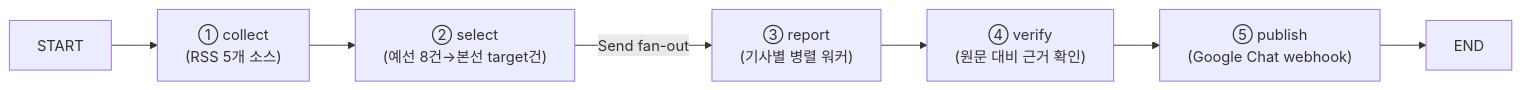
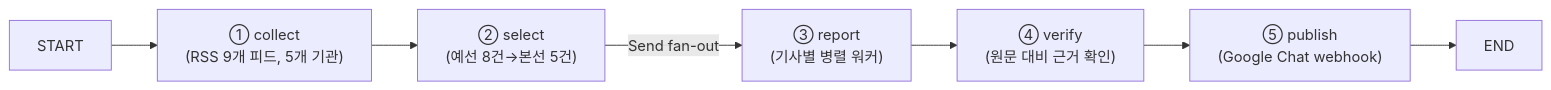
Before and after one commit to elfinnani-byte/my-newsletter: the diagram in docs/coding-convention/specs/2026-09-15-newsletter-agent-education-design.md, drawn with Mermaid. The commit also changed other lines of this file and 1 other file, not shown here.

````diff
--- a/docs/coding-convention/specs/2026-09-15-newsletter-agent-education-design.md
+++ b/docs/coding-convention/specs/2026-09-15-newsletter-agent-education-design.md
@@ -145,9 +145,9 @@
 ```mermaid
 graph LR
-  START --> collect["① collect\n(RSS 5개 소스)"]
-  collect --> select["② select\n(예선 8건→본선 target건)"]
+  START --> collect["① collect\n(RSS 9개 피드, 5개 기관)"]
+  collect --> select["② select\n(예선 8건→본선 5건)"]
   select -->|Send fan-out| report["③ report\n(기사별 병렬 워커)"]
   report --> verify["④ verify\n(원문 대비 근거 확인)"]
   verify --> publish["⑤ publish\n(Google Chat webhook)"]
   publish --> END
 ```
````
